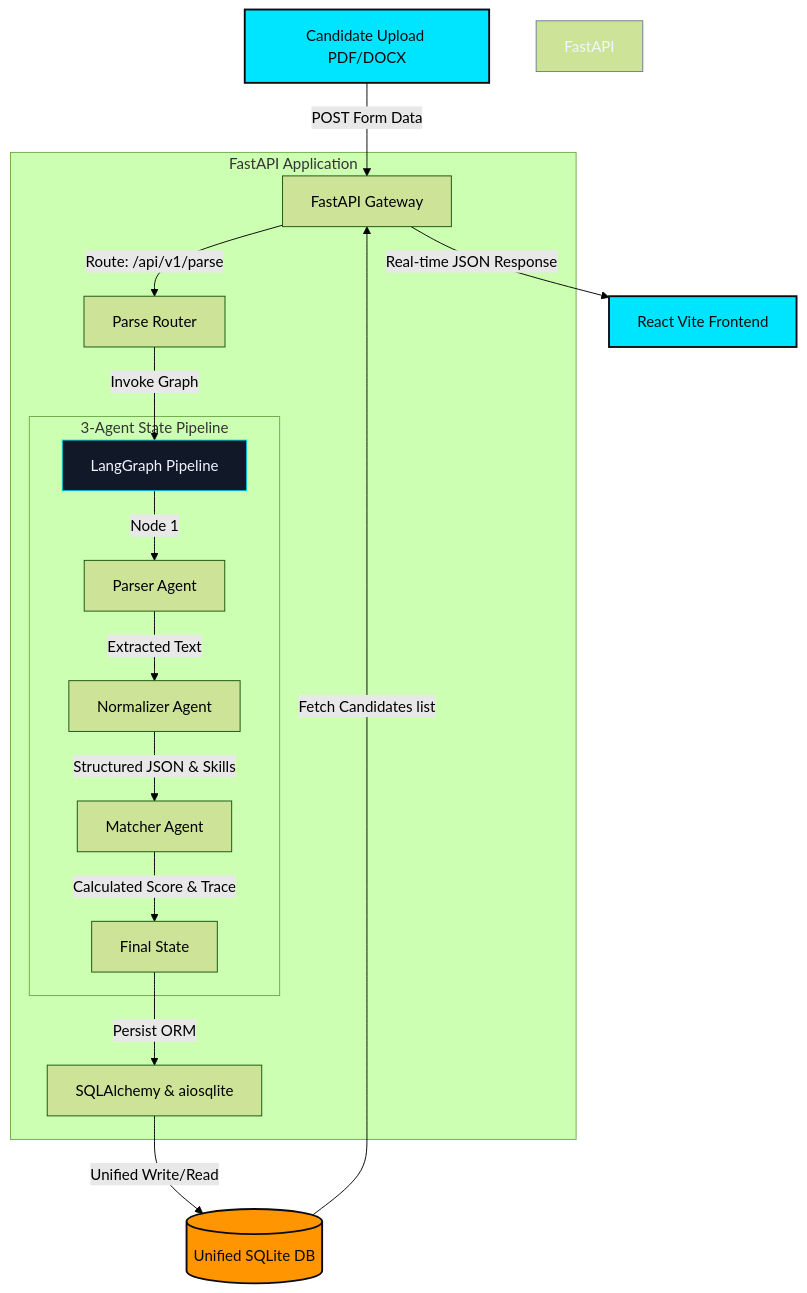
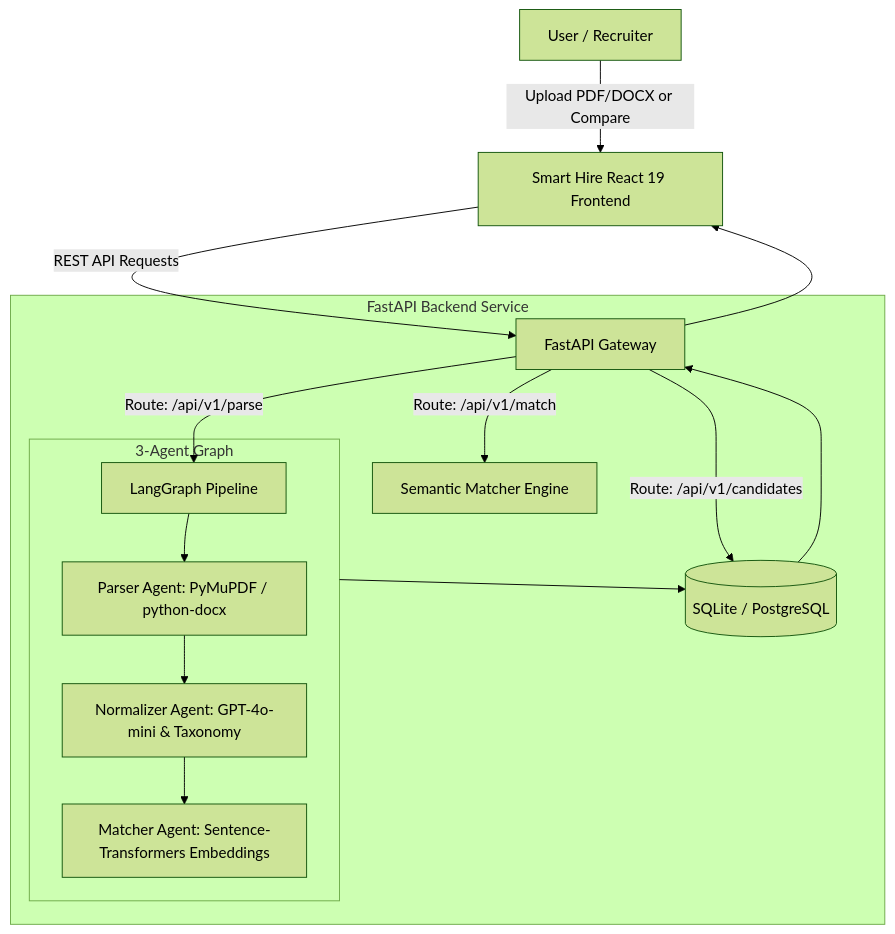
Before and after one commit to jaimin019/Smart-Hire: the diagram in README.md, drawn with Mermaid (forest theme). The commit also changed other lines of this file and 26 other files, not shown here.

Commit message:
feat: rebrand to Smart Hire and configure deploy files

````diff
--- a/README.md
+++ b/README.md
@@ -44,34 +44,22 @@
 ```mermaid
 graph TD
-    %% Frontend User Actions
-    User[Candidate Upload PDF/DOCX] -->|POST Form Data| API[FastAPI Gateway]
-    
-    %% Backend Orchestration
-    subgraph FastAPI Backend [FastAPI Application]
-        API -->|Route: /api/v1/parse| Router[Parse Router]
-        Router -->|Invoke Graph| LangGraph[LangGraph Pipeline]
+    User[User / Recruiter] -->|Upload PDF/DOCX or Compare| UI[Smart Hire React 19 Frontend]
+    UI -->|REST API Requests| API[FastAPI Gateway]
+
+    subgraph Backend [FastAPI Backend Service]
+        API -->|Route: /api/v1/parse| Pipeline[LangGraph Pipeline]
         
-        %% Agents Pipeline
-        subgraph Graph [3-Agent State Pipeline]
-            LangGraph -->|Node 1| Parser[Parser Agent]
-            Parser -->|Extracted Text| Normalizer[Normalizer Agent]
-            Normalizer -->|Structured JSON & Skills| Matcher[Matcher Agent]
-            Matcher -->|Calculated Score & Trace| Output[Final State]
+        subgraph Graph [3-Agent Graph]
+            Pipeline --> Node1[Parser Agent: PyMuPDF / python-docx]
+            Node1 --> Node2[Normalizer Agent: GPT-4o-mini & Taxonomy]
+            Node2 --> Node3[Matcher Agent: Sentence-Transformers Embeddings]
         end
-        
-        %% Database Layer
-        Output -->|Persist ORM| SQL[SQLAlchemy & aiosqlite]
+
+        API -->|Route: /api/v1/match| MatchEngine[Semantic Matcher Engine]
+        API -->|Route: /api/v1/candidates| DB[(SQLite / PostgreSQL)]
+        Graph --> DB
     end
-    
-    %% Persistence & Retrieval
-    SQL -->|Unified Write/Read| DB[(Unified SQLite DB)]
-    DB -->|Fetch Candidates list| API
-    API -->|Real-time JSON Response| FE[React Vite Frontend]
-    
-    %% Style Blocks
-    style User fill:#00E5FF,stroke:#080B11,stroke-width:2px,color:#080B11
-    style DB fill:#FF9500,stroke:#080B11,stroke-width:2px,color:#080B11
-    style LangGraph fill:#111827,stroke:#00E5FF,stroke-width:1px,color:#F0F6FF
-    style FastAPI Backend fill:#0D1117,stroke:#6B7A99,stroke-width:1px,color:#F0F6FF
-    style FE fill:#00E5FF,stroke:#080B11,stroke-width:2px,color:#080B11
+
+    DB --> API
+    API --> UI
 ```
````
